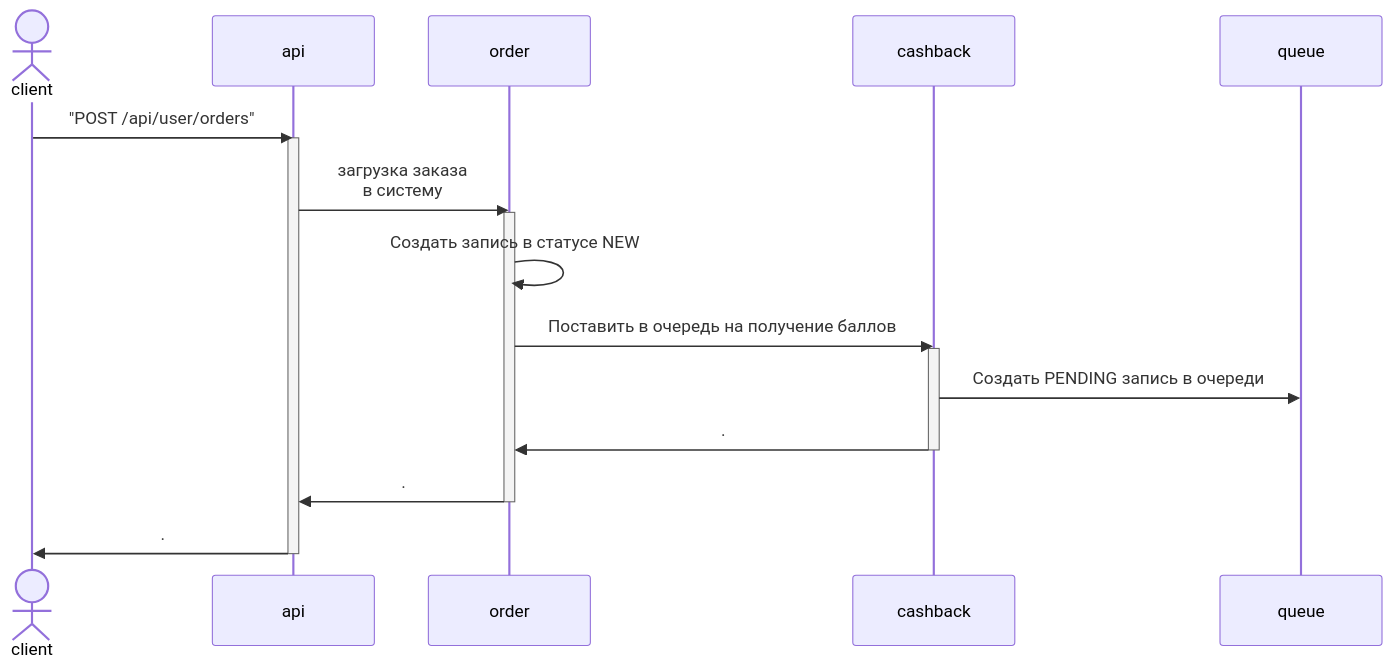
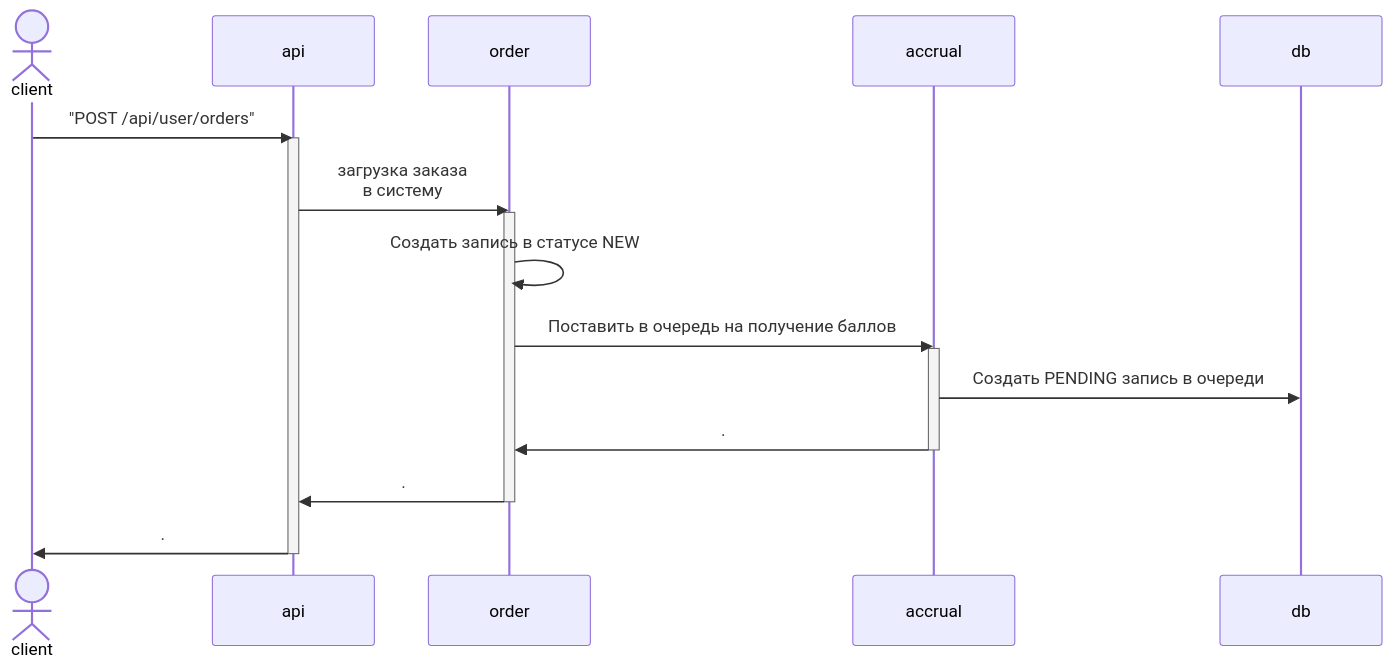
Before and after one commit to kosalnik/gmarket: the fourth of 5 diagrams in README.md, drawn with Mermaid. The commit also changed other lines of this file, not shown here.

````diff
--- a/README.md
+++ b/README.md
@@ -210,18 +170,18 @@
 ```mermaid
 sequenceDiagram
     actor client
     client ->> api: "POST /api/user/orders"
     activate api
         api ->> order: загрузка заказа<br/>в систему
         activate order
             order ->> order: Создать запись в статусе NEW
-            order ->> cashback: Поставить в очередь на получение баллов
-            activate cashback
-            cashback ->> queue: Создать PENDING запись в очереди
-            cashback ->> order: .
-            deactivate cashback
+            order ->> accrual: Поставить в очередь на получение баллов
+            activate accrual
+            accrual ->> db: Создать PENDING запись в очереди
+            accrual ->> order: .
+            deactivate accrual
             order ->> api: .
         deactivate order
         api ->> client: .
    deactivate api
 ```
````
